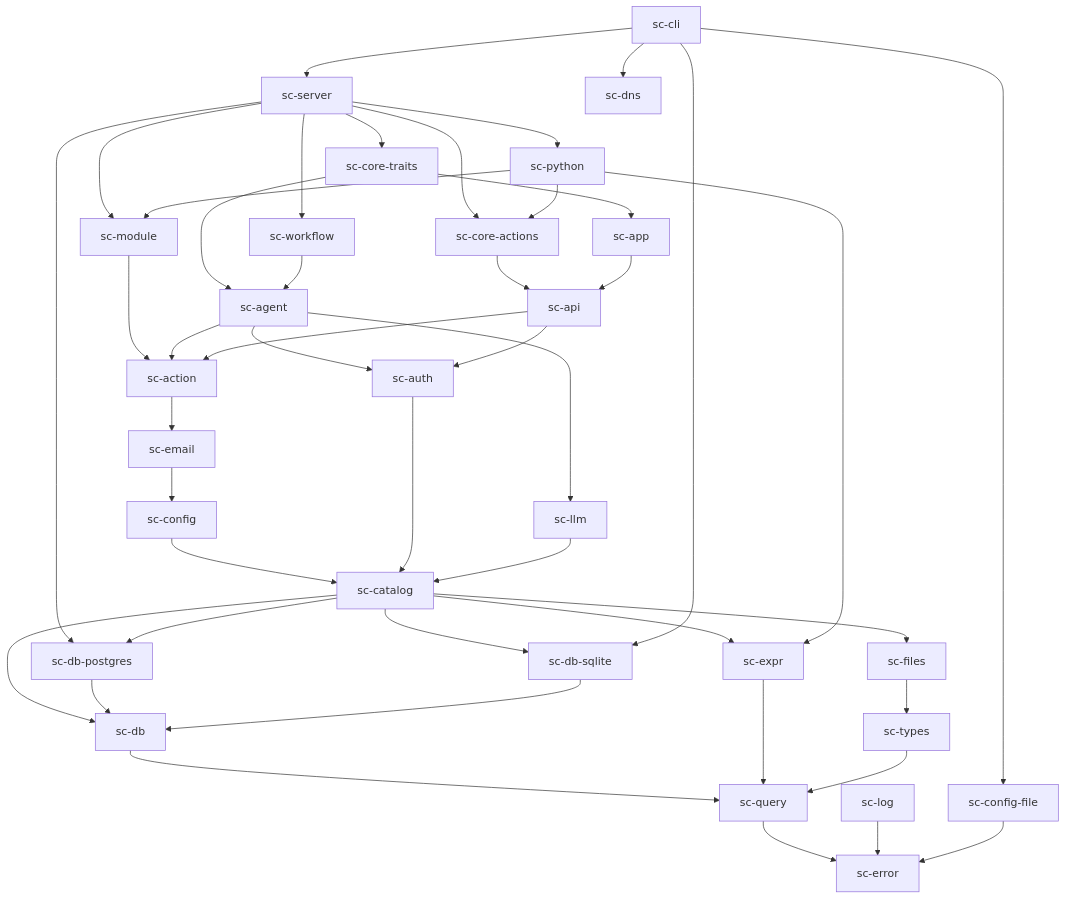
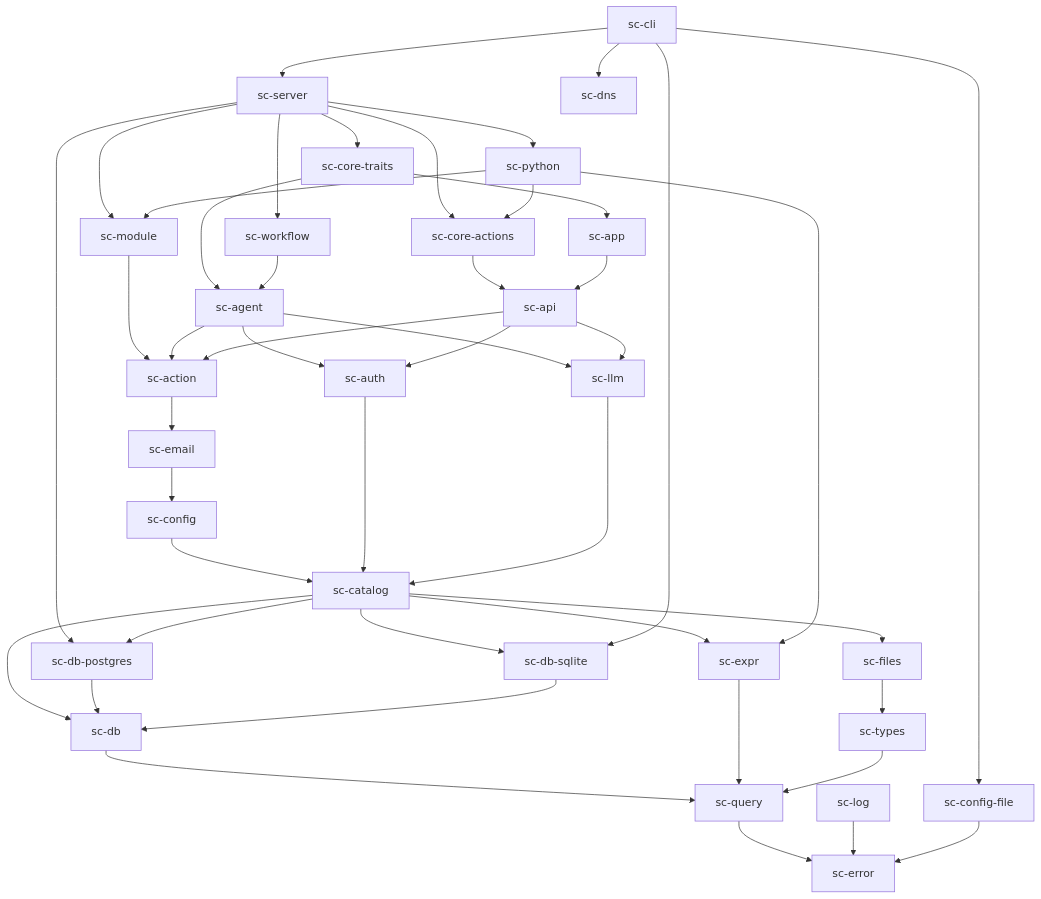
One commit to christianhugoch/feldspar changed the first of 2 diagrams in docs/TECHNICAL_DESIGN.md. Above: the diagram before and after it, drawn with Mermaid. The commit also changed other lines of this file and 13 other files, not shown here.

````diff
--- a/docs/TECHNICAL_DESIGN.md
+++ b/docs/TECHNICAL_DESIGN.md
@@ -127,46 +127,47 @@
 ```mermaid
 graph TD
   cli["sc-cli"] --> server["sc-server"]
   cli --> cfgfile["sc-config-file"]
   cli --> dns["sc-dns"]
   server --> coreact["sc-core-actions"]
   server --> coretraits["sc-core-traits"]
   server --> pg["sc-db-postgres"]
   coretraits --> agent["sc-agent"]
   coretraits --> app["sc-app"]
   coreact --> api["sc-api"]
   server --> module["sc-module"]
   server --> python["sc-python"]
   python --> module
   python --> coreact
   server --> workflow["sc-workflow"]
   workflow --> agent
   module --> action["sc-action"]
   app --> api
   agent --> action
   agent --> auth["sc-auth"]
   agent --> llm["sc-llm"]
   api --> action
   api --> auth
+  api --> llm
   action --> email["sc-email"]
   email --> config["sc-config"]
   config --> catalog["sc-catalog"]
   auth --> catalog
   llm --> catalog
   catalog --> db["sc-db"]
   catalog --> pg
   catalog --> sqlite["sc-db-sqlite"]
   cli --> sqlite
   catalog --> expr["sc-expr"]
   catalog --> files["sc-files"]
   pg --> db
   sqlite --> db
   db --> query["sc-query"]
   expr --> query
   python --> expr
   files --> types["sc-types"]
   types --> query
   query --> error["sc-error"]
   log["sc-log"] --> error
   cfgfile --> error
 ```
````
